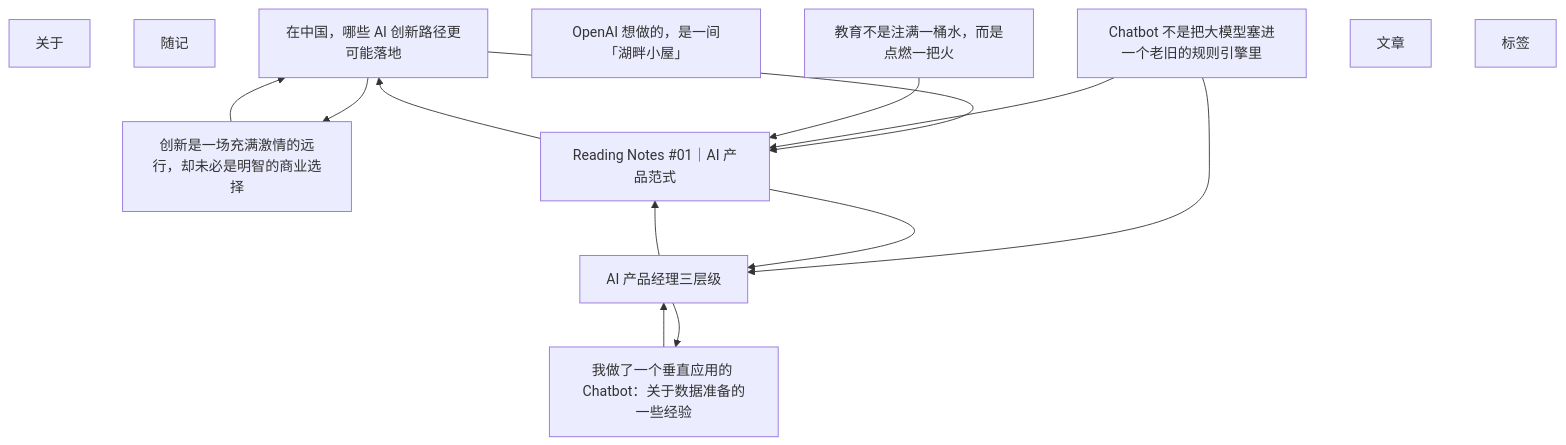
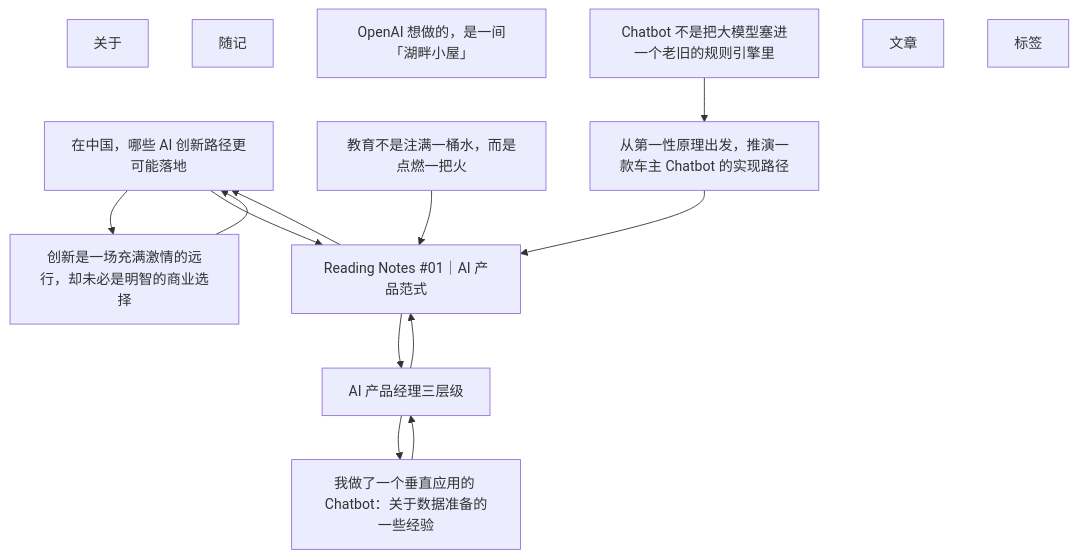
One commit to Zhao-Huazhou/Zhao-Huazhou.github.io changed the diagram in tools/site-graph/out/graph.mmd. Above: the diagram before and after it, drawn with Mermaid.

```diff
--- a/tools/site-graph/out/graph.mmd
+++ b/tools/site-graph/out/graph.mmd
@@ -1,25 +1,26 @@
 graph TD
   N78e943079d["关于"]
   Na0a31ebd9a["随记"]
   Ne000fcda21["在中国，哪些 AI 创新路径更可能落地"]
-  N868785f5d6["AI 产品经理三层级"]
   Nf315e5e460[" OpenAI 想做的，是一间「湖畔小屋」"]
   N509e8a98c6["Chatbot 不是把大模型塞进一个老旧的规则引擎里"]
   N4e55722e29["教育不是注满一桶水，而是点燃一把火"]
+  Ne0077ae6c8["从第一性原理出发，推演一款车主 Chatbot 的实现路径"]
   N81228a8674["文章"]
+  Nd9b0762f80["AI 产品经理三层级"]
   Nce81f5d37d["我做了一个垂直应用的 Chatbot：关于数据准备的一些经验"]
   N6f056b8004["创新是一场充满激情的远行，却未必是明智的商业选择"]
   N10154a9e49["Reading Notes #01｜AI 产品范式"]
   N0ecf656713["标签"]
 
   Ne000fcda21 --> N6f056b8004
   Ne000fcda21 --> N10154a9e49
-  N868785f5d6 --> Nce81f5d37d
-  N868785f5d6 --> N10154a9e49
-  N509e8a98c6 --> N868785f5d6
-  N509e8a98c6 --> N10154a9e49
+  N509e8a98c6 --> Ne0077ae6c8
   N4e55722e29 --> N10154a9e49
-  Nce81f5d37d --> N868785f5d6
+  Ne0077ae6c8 --> N10154a9e49
+  Nd9b0762f80 --> Nce81f5d37d
+  Nd9b0762f80 --> N10154a9e49
+  Nce81f5d37d --> Nd9b0762f80
   N6f056b8004 --> Ne000fcda21
   N10154a9e49 --> Ne000fcda21
-  N10154a9e49 --> N868785f5d6
+  N10154a9e49 --> Nd9b0762f80
```
